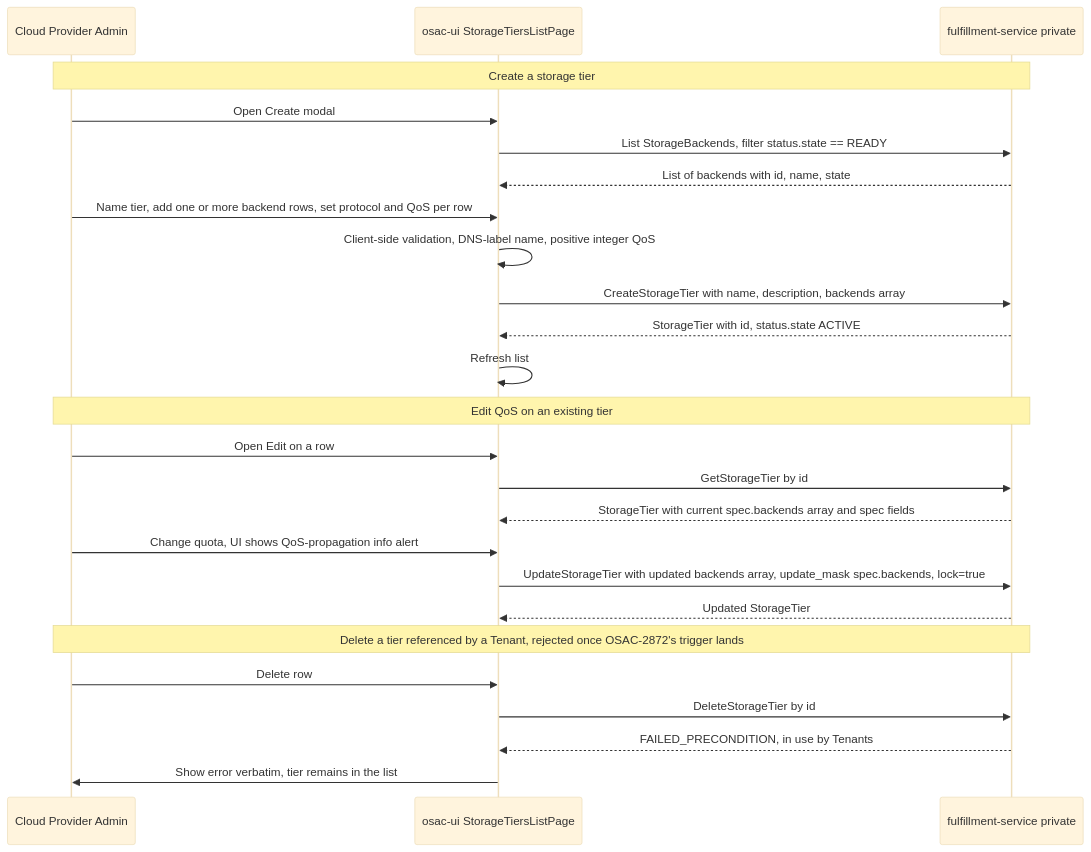
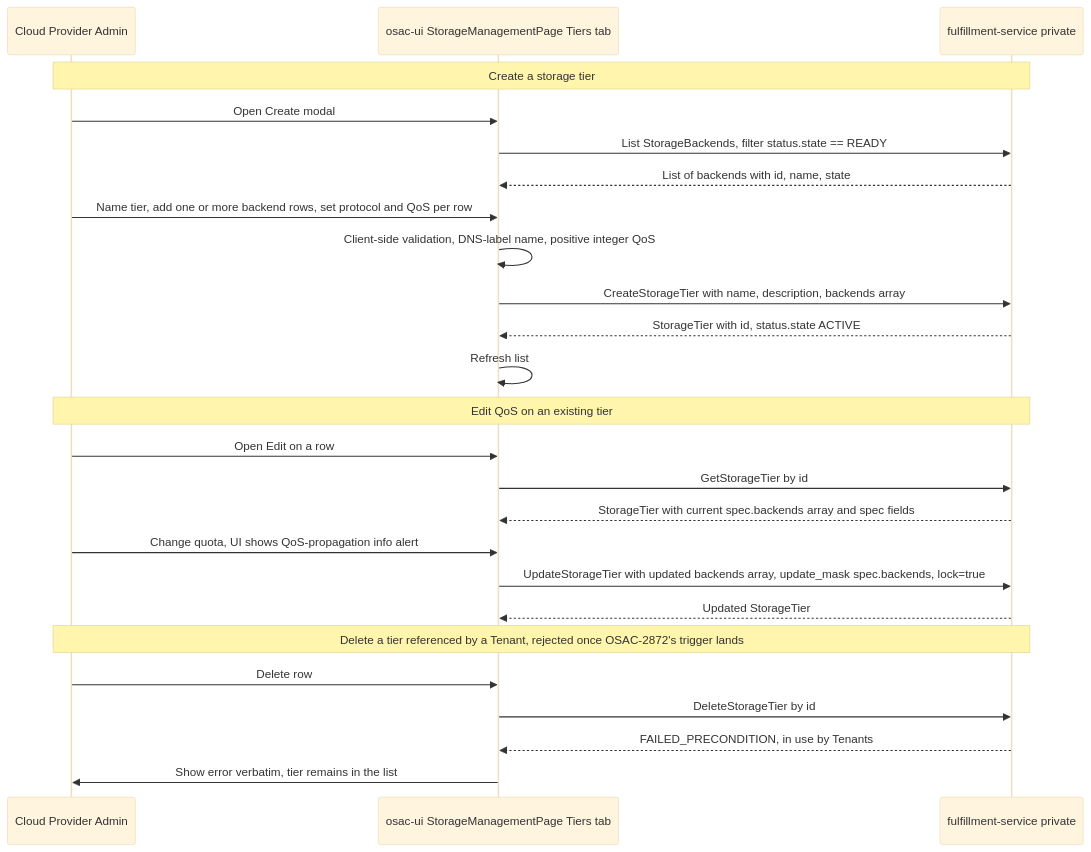
Before and after one commit to osac-project/enhancement-proposals: the second of 2 diagrams in enhancements/OSAC-1110-storage-tier/ui-design.md, drawn with Mermaid (base theme). The commit also changed other lines of this file, not shown here.

First line of the commit message:
OSAC-1110: reintroduce full StorageBackend admin UI

````diff
--- a/enhancements/OSAC-1110-storage-tier/ui-design.md
+++ b/enhancements/OSAC-1110-storage-tier/ui-design.md
@@ -64,30 +106,30 @@
 ```mermaid
 sequenceDiagram
     participant Admin as Cloud Provider Admin
-    participant UI as osac-ui StorageTiersListPage
+    participant UI as osac-ui StorageManagementPage Tiers tab
     participant FS as fulfillment-service private
 
     Note over Admin,FS: Create a storage tier
     Admin->>UI: Open Create modal
     UI->>FS: List StorageBackends, filter status.state == READY
     FS-->>UI: List of backends with id, name, state
     Admin->>UI: Name tier, add one or more backend rows, set protocol and QoS per row
     UI->>UI: Client-side validation, DNS-label name, positive integer QoS
     UI->>FS: CreateStorageTier with name, description, backends array
     FS-->>UI: StorageTier with id, status.state ACTIVE
     UI->>UI: Refresh list
 
     Note over Admin,FS: Edit QoS on an existing tier
     Admin->>UI: Open Edit on a row
     UI->>FS: GetStorageTier by id
     FS-->>UI: StorageTier with current spec.backends array and spec fields
     Admin->>UI: Change quota, UI shows QoS-propagation info alert
     UI->>FS: UpdateStorageTier with updated backends array, update_mask spec.backends, lock=true
     FS-->>UI: Updated StorageTier
 
     Note over Admin,FS: Delete a tier referenced by a Tenant, rejected once OSAC-2872's trigger lands
     Admin->>UI: Delete row
     UI->>FS: DeleteStorageTier by id
     FS-->>UI: FAILED_PRECONDITION, in use by Tenants
     UI->>Admin: Show error verbatim, tier remains in the list
 ```
````
